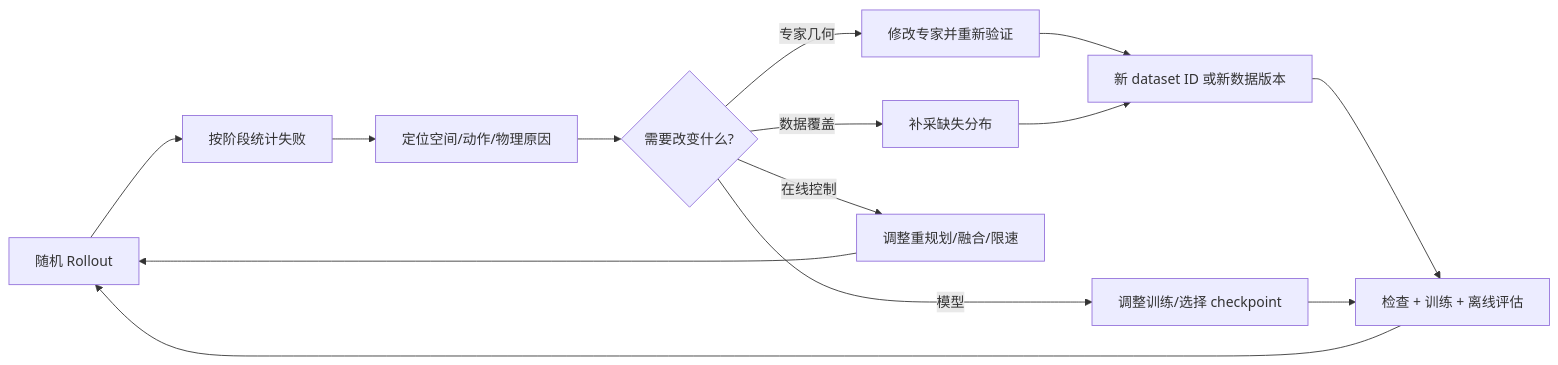
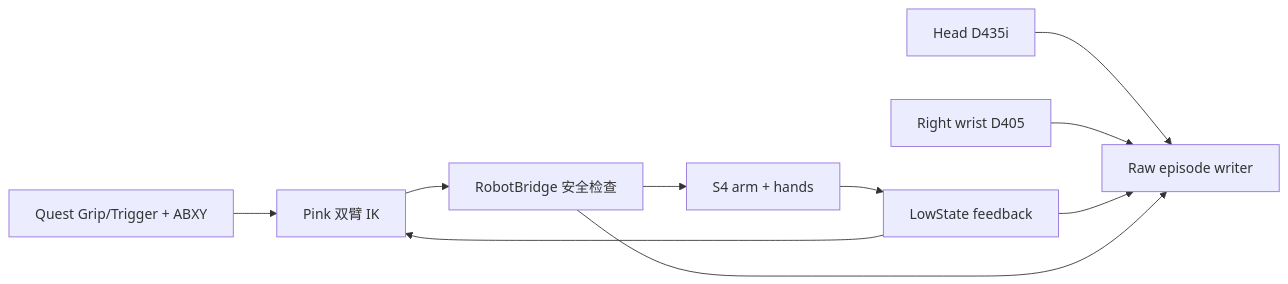
Before and after one commit to zfy-robot/qiling_smolVLA: the third of 4 diagrams in s4_smolvla_isaaclab/docs/course/02-implementation.md, drawn with Mermaid. The commit also changed other lines of this file and 31 other files, not shown here.

````diff
--- a/s4_smolvla_isaaclab/docs/course/02-implementation.md
+++ b/s4_smolvla_isaaclab/docs/course/02-implementation.md
@@ -1190,16 +187,12 @@
 ```mermaid
 flowchart LR
-    A[随机 Rollout] --> B[按阶段统计失败]
-    B --> C[定位空间/动作/物理原因]
-    C --> D{需要改变什么?}
-    D -->|专家几何| E[修改专家并重新验证]
-    D -->|数据覆盖| F[补采缺失分布]
-    D -->|模型| G[调整训练/选择 checkpoint]
-    D -->|在线控制| H[调整重规划/融合/限速]
-    E --> I[新 dataset ID 或新数据版本]
-    F --> I
-    I --> J[检查 + 训练 + 离线评估]
-    G --> J
-    H --> A
-    J --> A
+    Q[Quest Grip/Trigger + ABXY] --> IK[Pink 双臂 IK]
+    F[LowState feedback] --> IK
+    IK --> B[RobotBridge 安全检查]
+    B --> R[S4 arm + hands]
+    R --> F
+    H[Head D435i] --> W[Raw episode writer]
+    WR[Right wrist D405] --> W
+    F --> W
+    B --> W
 ```
````
